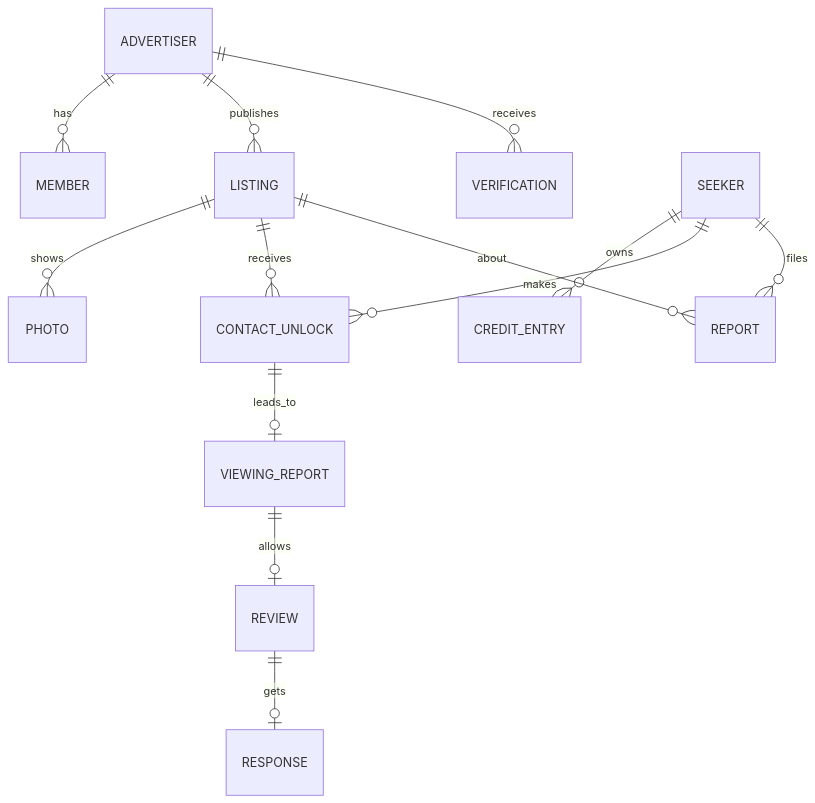
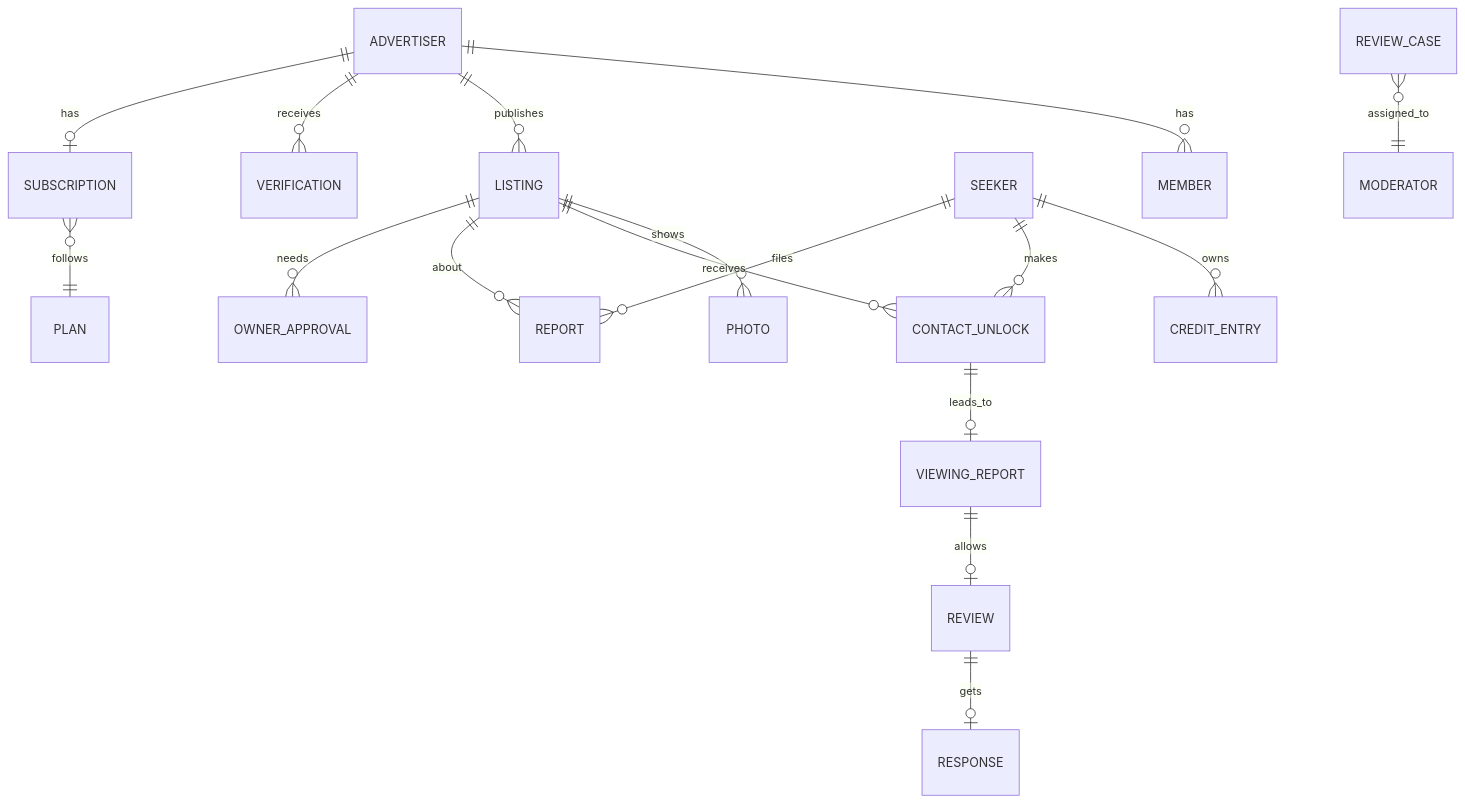
Before and after one commit to Zerubabel-J/tracehome-platform: the ninth of 9 diagrams in REQUIREMENTS.md, drawn with Mermaid. The commit also changed other lines of this file and 1 other file, not shown here.

Commit message:
Record trus, business model, and review decisions

````diff
--- a/REQUIREMENTS.md
+++ b/REQUIREMENTS.md
@@ -209,15 +483,19 @@
 ```mermaid
 erDiagram
     ADVERTISER ||--o{ MEMBER : has
     ADVERTISER ||--o{ LISTING : publishes
     ADVERTISER ||--o{ VERIFICATION : receives
     LISTING ||--o{ PHOTO : shows
     SEEKER ||--o{ CREDIT_ENTRY : owns
     SEEKER ||--o{ CONTACT_UNLOCK : makes
     LISTING ||--o{ CONTACT_UNLOCK : receives
     CONTACT_UNLOCK ||--o| VIEWING_REPORT : leads_to
     VIEWING_REPORT ||--o| REVIEW : allows
     REVIEW ||--o| RESPONSE : gets
     SEEKER ||--o{ REPORT : files
     LISTING ||--o{ REPORT : about
+    LISTING ||--o{ OWNER_APPROVAL : needs
+    ADVERTISER ||--o| SUBSCRIPTION : has
+    SUBSCRIPTION }o--|| PLAN : follows
+    REVIEW_CASE }o--|| MODERATOR : assigned_to
 ```
````
